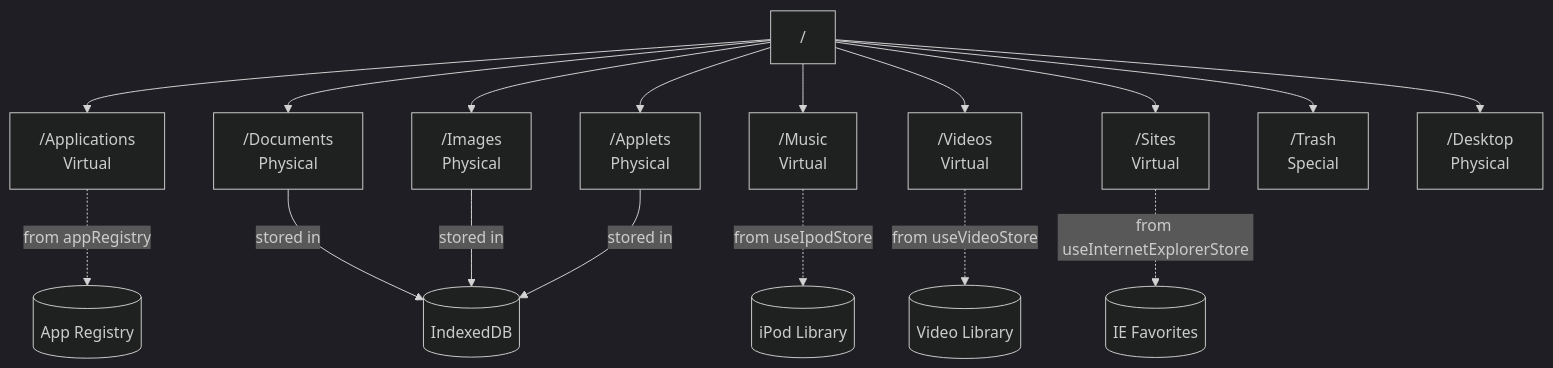
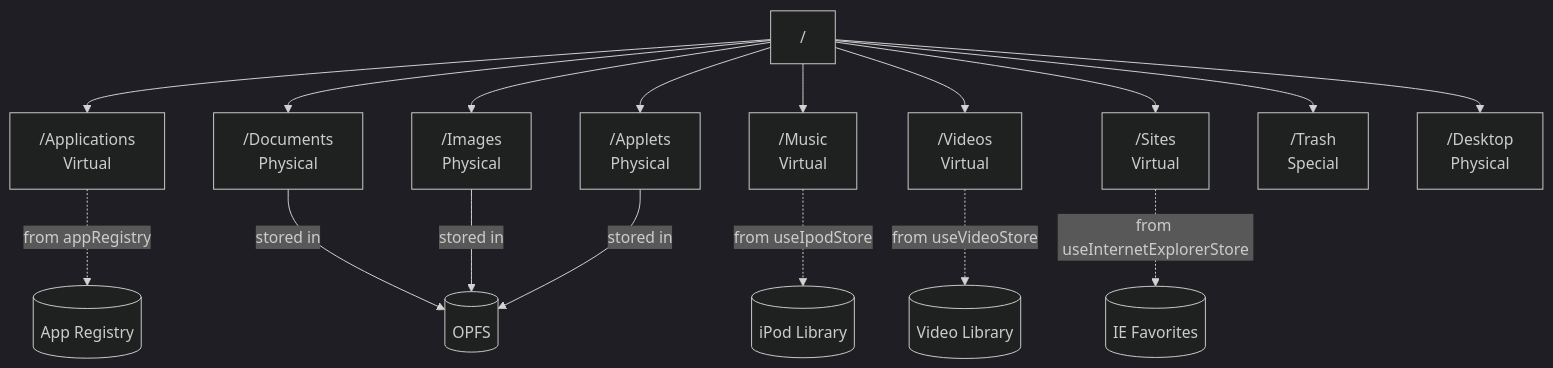
Before and after one commit to ryokun6/ryos: the second of 2 diagrams in docs/5-file-system.md, drawn with Mermaid (dark theme). The commit also changed other lines of this file and 18 other files, not shown here.

````diff
--- a/docs/5-file-system.md
+++ b/docs/5-file-system.md
@@ -66,21 +66,21 @@
 ```mermaid
 graph TD
     Root["/"] --> Apps["/Applications<br/>Virtual"]
     Root --> Docs["/Documents<br/>Physical"]
     Root --> Imgs["/Images<br/>Physical"]
     Root --> Music["/Music<br/>Virtual"]
     Root --> Videos["/Videos<br/>Virtual"]
     Root --> Sites["/Sites<br/>Virtual"]
     Root --> Applets["/Applets<br/>Physical"]
     Root --> Trash["/Trash<br/>Special"]
     Root --> Desktop["/Desktop<br/>Physical"]
     
     Apps -.->|"from appRegistry"| AppReg[(App Registry)]
     Music -.->|"from useIpodStore"| iPod[(iPod Library)]
     Videos -.->|"from useVideoStore"| VidLib[(Video Library)]
     Sites -.->|"from useInternetExplorerStore"| IEFav[(IE Favorites)]
     
-    Docs -->|"stored in"| IDB[(IndexedDB)]
-    Imgs -->|"stored in"| IDB
-    Applets -->|"stored in"| IDB
+    Docs -->|"stored in"| OPFS[(OPFS)]
+    Imgs -->|"stored in"| OPFS
+    Applets -->|"stored in"| OPFS
 ```
````
